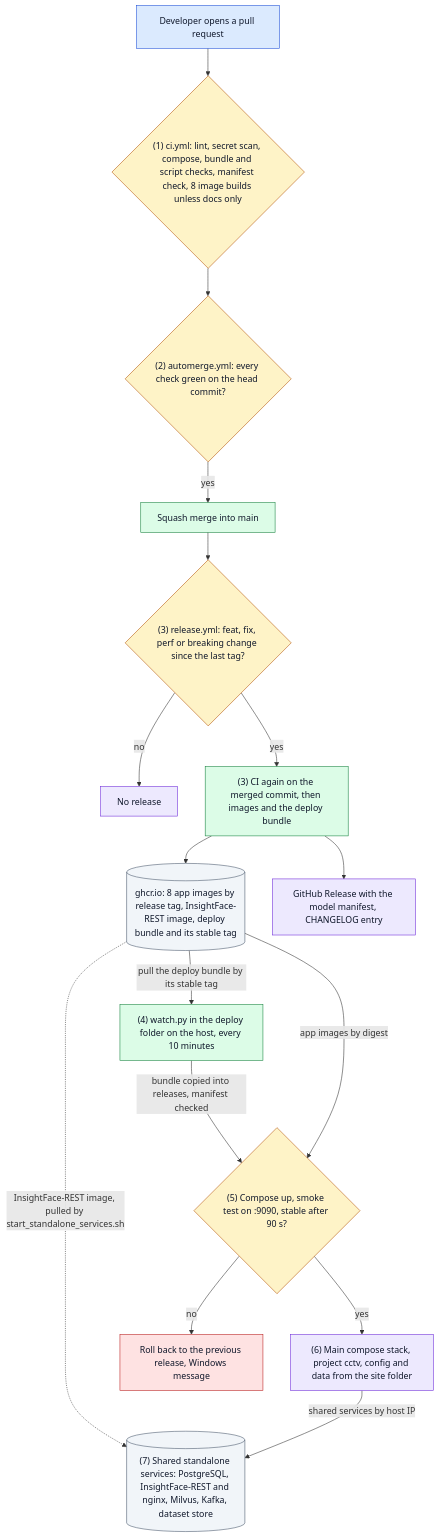
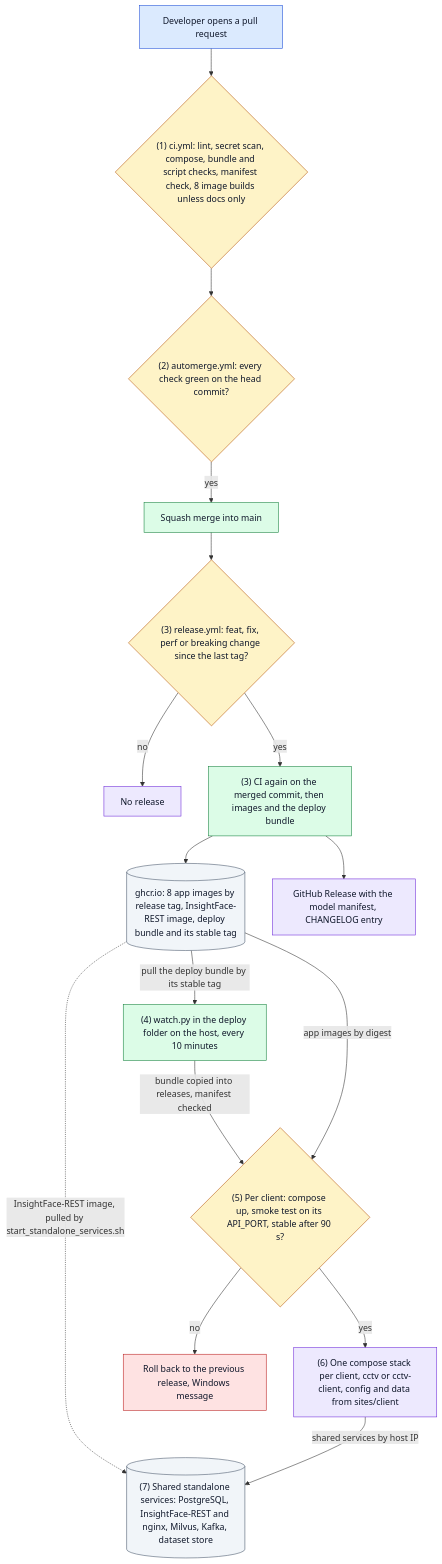
The second of 2 diagrams in README.md (hamza-aziz-ai/CCTV-Face-Recognition-Attendance-System), drawn with Mermaid before and after one commit. The commit also changed other lines of this file and 4 other files, not shown here.

````diff
--- a/README.md
+++ b/README.md
@@ -84,38 +84,38 @@
 ```mermaid
 flowchart TB
     DEV["`Developer opens a pull request`"]:::entry
     CI{"`(1) ci.yml: lint, secret scan, compose, bundle and script checks, manifest check, 8 image builds unless docs only`"}:::decision
     AM{"`(2) automerge.yml: every check green on the head commit?`"}:::decision
     MAIN["`Squash merge into main`"]:::step
     REL{"`(3) release.yml: feat, fix, perf or breaking change since the last tag?`"}:::decision
     NOREL["`No release`"]:::outcome
     BUILD["`(3) CI again on the merged commit, then images and the deploy bundle`"]:::step
     GHCR[("`ghcr.io: 8 app images by release tag, InsightFace-REST image, deploy bundle and its stable tag`")]:::store
     GHR["`GitHub Release with the model manifest, CHANGELOG entry`"]:::outcome
     W["`(4) watch.py in the deploy folder on the host, every 10 minutes`"]:::step
-    WD{"`(5) Compose up, smoke test on :9090, stable after 90 s?`"}:::decision
-    STACK["`(6) Main compose stack, project cctv, config and data from the site folder`"]:::outcome
+    WD{"`(5) Per client: compose up, smoke test on its API_PORT, stable after 90 s?`"}:::decision
+    STACK["`(6) One compose stack per client, cctv or cctv-client, config and data from sites/client`"]:::outcome
     RB["`Roll back to the previous release, Windows message`"]:::error
     SA[("`(7) Shared standalone services: PostgreSQL, InsightFace-REST and nginx, Milvus, Kafka, dataset store`")]:::store
 
     DEV --> CI --> AM
     AM -->|"`yes`"| MAIN --> REL
     REL -->|"`no`"| NOREL
     REL -->|"`yes`"| BUILD
     BUILD --> GHCR
     BUILD --> GHR
     GHCR -->|"`pull the deploy bundle by its stable tag`"| W
     W -->|"`bundle copied into releases, manifest checked`"| WD
     GHCR -->|"`app images by digest`"| WD
     WD -->|"`yes`"| STACK
     WD -->|"`no`"| RB
     GHCR -.->|"`InsightFace-REST image, pulled by start_standalone_services.sh`"| SA
     STACK -->|"`shared services by host IP`"| SA
 
     classDef entry fill:#dbeafe,stroke:#1d4ed8,color:#0f172a
     classDef step fill:#dcfce7,stroke:#15803d,color:#0f172a
     classDef decision fill:#fef3c7,stroke:#b45309,color:#0f172a
     classDef outcome fill:#ede9fe,stroke:#6d28d9,color:#0f172a
     classDef error fill:#fee2e2,stroke:#b91c1c,color:#0f172a
     classDef store fill:#f1f5f9,stroke:#475569,color:#0f172a
 ```
````
